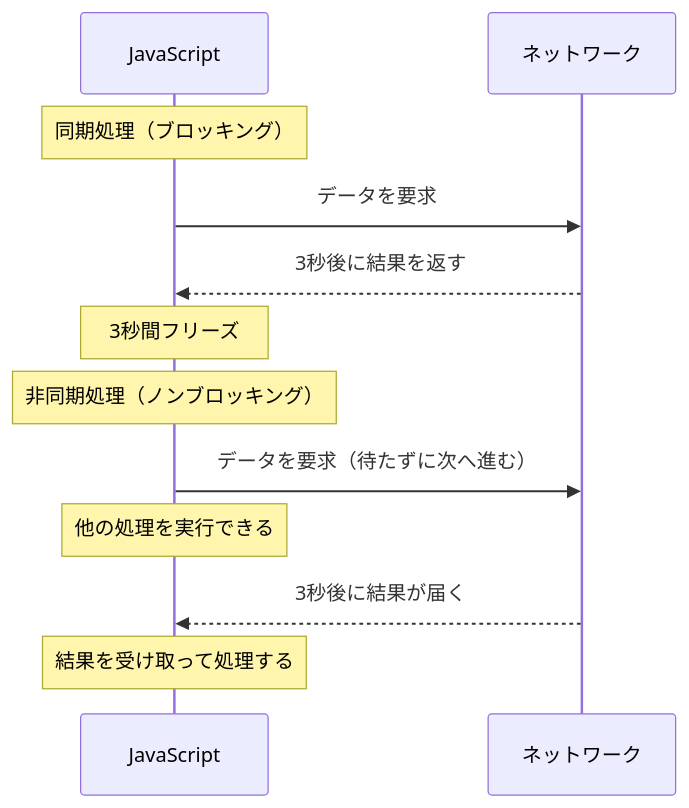
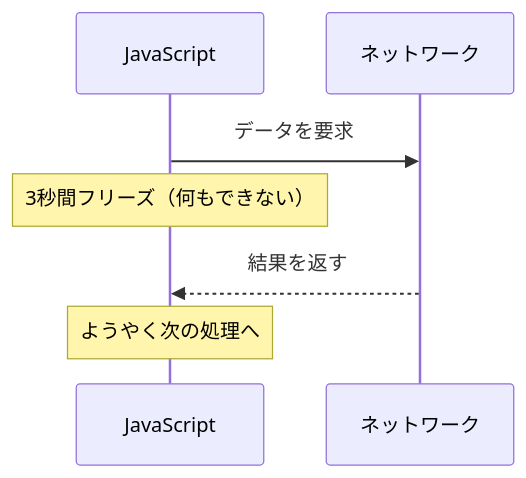
Before and after one commit to ozaki25/web-front-training-ozaki25: the first of 6 diagrams in docs/drafts/006/index.md, drawn with Mermaid. The commit also changed other lines of this file, not shown here.

First line of the commit message:
Promise レッスンを重点レビュー: 図の分割、response.json説明追加、冗長な例を削減

````diff
--- a/docs/drafts/006/index.md
+++ b/docs/drafts/006/index.md
@@ -29,16 +33,9 @@
 ```mermaid
 sequenceDiagram
   participant JS as JavaScript
   participant NW as ネットワーク
-
-  Note over JS: 同期処理（ブロッキング）
   JS->>NW: データを要求
-  NW-->>JS: 3秒後に結果を返す
-  Note over JS: 3秒間フリーズ
-
-  Note over JS: 非同期処理（ノンブロッキング）
-  JS->>NW: データを要求（待たずに次へ進む）
-  Note over JS: 他の処理を実行できる
-  NW-->>JS: 3秒後に結果が届く
-  Note over JS: 結果を受け取って処理する
+  Note over JS: 3秒間フリーズ（何もできない）
+  NW-->>JS: 結果を返す
+  Note over JS: ようやく次の処理へ
 ```
````
